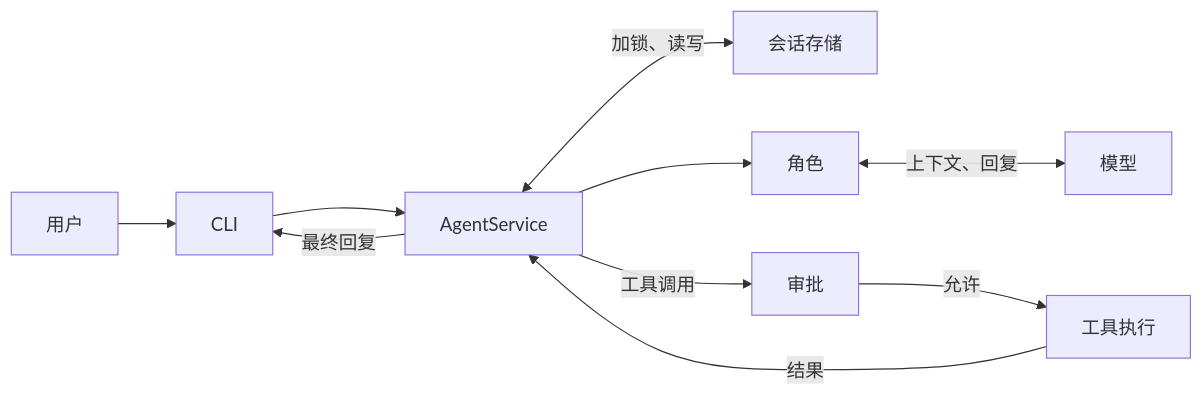
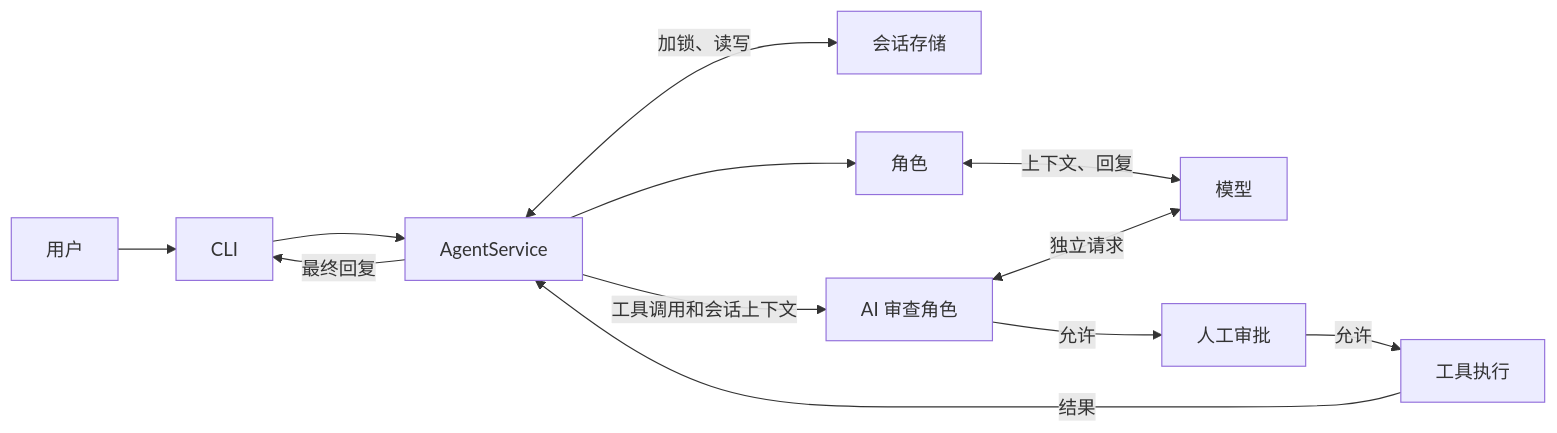
Before and after one commit to usfese/toy-agent: the diagram in docs/architecture.md, drawn with Mermaid. The commit also changed other lines of this file and 13 other files, not shown here.

````diff
--- a/docs/architecture.md
+++ b/docs/architecture.md
@@ -10,12 +11,14 @@
 ```mermaid
 flowchart LR
     User[用户] --> CLI
     CLI --> AgentService
     AgentService <-->|加锁、读写| JSONL[会话存储]
     AgentService --> Role[角色]
     Role <-->|上下文、回复| Model[模型]
-    AgentService -->|工具调用| Review[审批]
-    Review -->|允许| Tool[工具执行]
+    AgentService -->|工具调用和会话上下文| Review[AI 审查角色]
+    Review <-->|独立请求| Model
+    Review -->|允许| Approval[人工审批]
+    Approval -->|允许| Tool[工具执行]
     Tool -->|结果| AgentService
     AgentService -->|最终回复| CLI
 ```
````
